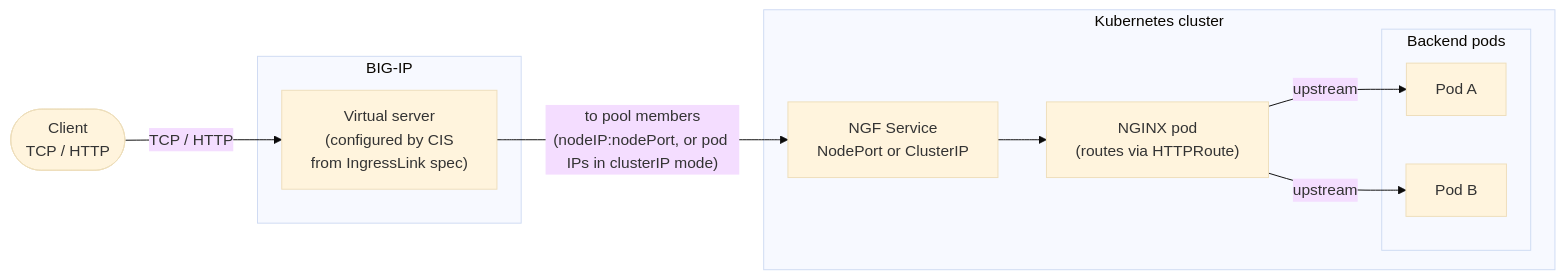
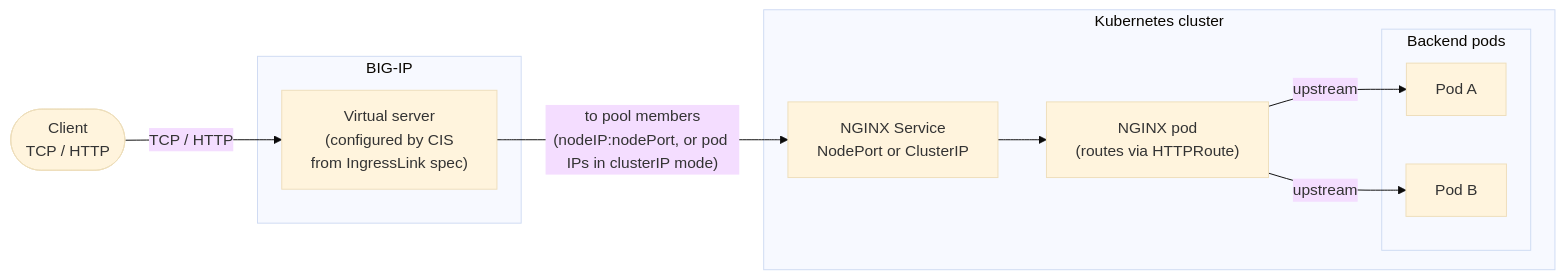
Before and after one commit to nginx/nginx-gateway-fabric: the second of 2 diagrams in docs/proposals/gateway-link.md, drawn with Mermaid (base theme). The commit also changed other lines of this file, not shown here.

Commit message:
edit NGF to NGINX service to avoid design confusion

````diff
--- a/docs/proposals/gateway-link.md
+++ b/docs/proposals/gateway-link.md
@@ -76,23 +76,23 @@
 ```mermaid
 flowchart LR
     Client(["Client<br/>TCP / HTTP"])
 
     subgraph BIG_IP ["BIG-IP"]
         VS["Virtual server<br/>(configured by CIS<br/>from IngressLink spec)"]
     end
 
     subgraph K8s ["Kubernetes cluster"]
-        SVC["NGF Service<br/>NodePort or ClusterIP"]
+        SVC["NGINX Service<br/>NodePort or ClusterIP"]
         NGF["NGINX pod<br/>(routes via HTTPRoute)"]
         subgraph Backends ["Backend pods"]
             B1["Pod A"]
             B2["Pod B"]
         end
     end
 
     Client -->|"TCP / HTTP"| VS
     VS -->|"to pool members<br/>(nodeIP:nodePort, or pod IPs in clusterIP mode)"| SVC
     SVC --> NGF
     NGF -->|"upstream"| B1
     NGF -->|"upstream"| B2
 ```
````
